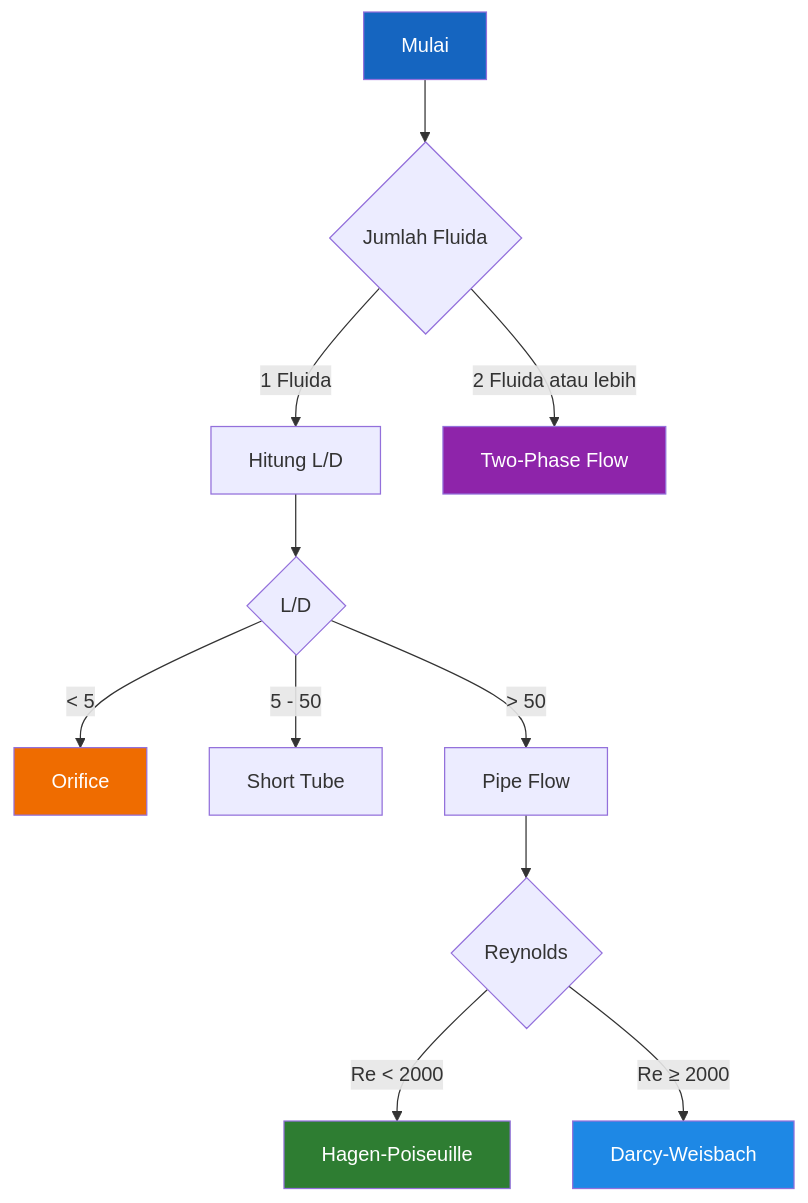
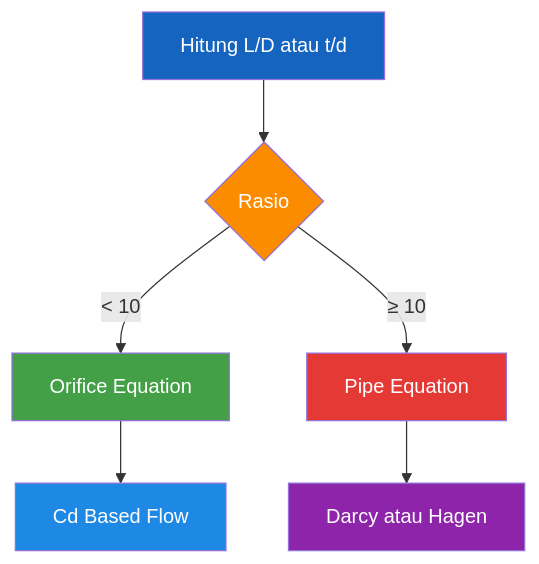
The seventh of 49 diagrams in content/blog/general/laju-alir-fluida.mdx (slametsampon/kawruhnology), drawn with Mermaid before and after one commit. The commit also changed other lines of this file and 1 other file, not shown here.

Commit message:
update laju-alir-fluida

````diff
--- a/content/blog/general/laju-alir-fluida.mdx
+++ b/content/blog/general/laju-alir-fluida.mdx
@@ -972,29 +982,22 @@
 ```mermaid
 flowchart TD
 
-A["Mulai"] --> B{"Jumlah Fluida"}
+A["Hitung L/D atau t/d"]
 
-B -->|1 Fluida| C["Hitung L/D"]
+A --> B{"Rasio"}
 
-B -->|2 Fluida atau lebih| D["Two-Phase Flow"]
+B -->|" < 10 "| C["Orifice Equation"]
 
-C --> E{"L/D"}
+B -->|" ≥ 10 "| D["Pipe Equation"]
 
-E -->|" < 5 "| F["Orifice"]
+C --> E["Cd Based Flow"]
 
-E -->|" 5 - 50 "| G["Short Tube"]
-
-E -->|" > 50 "| H["Pipe Flow"]
-
-H --> I{"Reynolds"}
-
-I -->|"Re < 2000"| J["Hagen-Poiseuille"]
-
-I -->|"Re ≥ 2000"| K["Darcy-Weisbach"]
+D --> F["Darcy atau Hagen"]
 
 style A fill:#1565C0,color:#fff
-style D fill:#8E24AA,color:#fff
-style F fill:#EF6C00,color:#fff
-style J fill:#2E7D32,color:#fff
-style K fill:#1E88E5,color:#fff
+style B fill:#FB8C00,color:#fff
+style C fill:#43A047,color:#fff
+style D fill:#E53935,color:#fff
+style E fill:#1E88E5,color:#fff
+style F fill:#8E24AA,color:#fff
 ```
````
